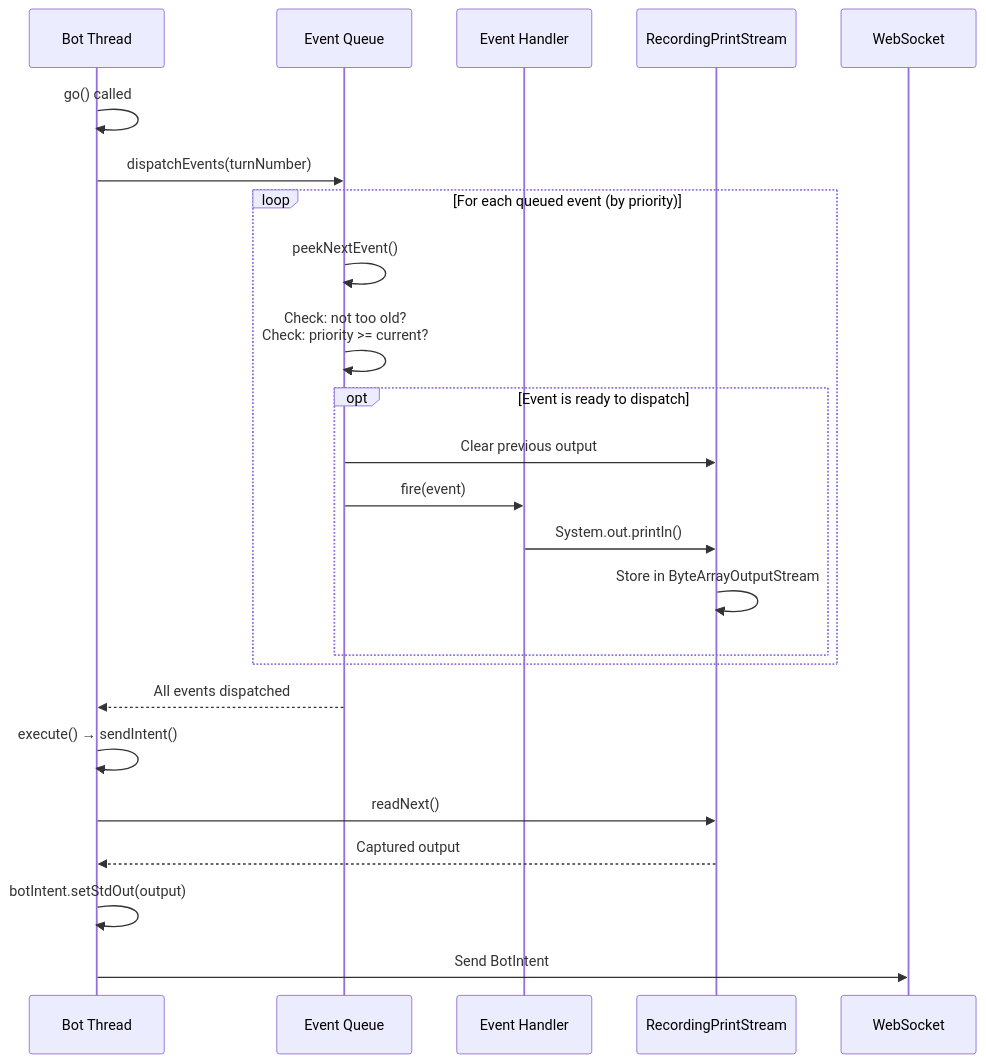
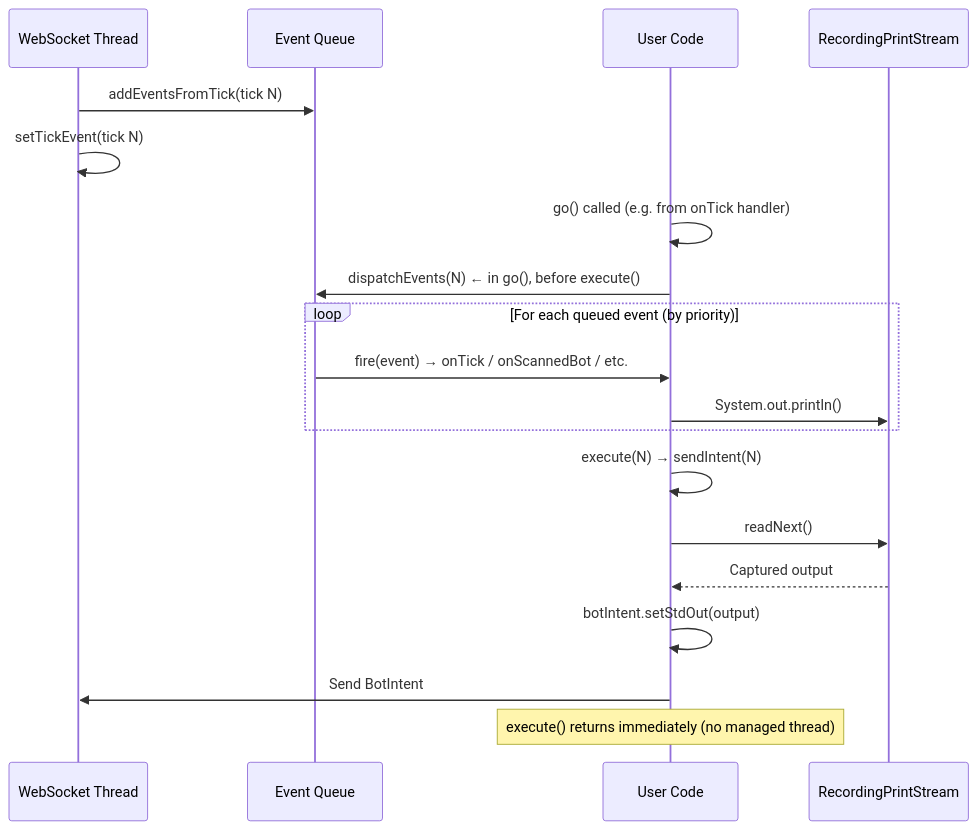
Before and after one commit to robocode-dev/tank-royale: the fifth of 16 diagrams in docs-internal/architecture/models/flows/event-handling.md, drawn with Mermaid. The commit also changed other lines of this file and 8 other files, not shown here.

````diff
--- a/docs-internal/architecture/models/flows/event-handling.md
+++ b/docs-internal/architecture/models/flows/event-handling.md
@@ -136,29 +180,25 @@
 ```mermaid
 sequenceDiagram
-    participant BotThread as Bot Thread
-    participant EventQueue as Event Queue
-    participant Handler as Event Handler
+    participant WS as WebSocket Thread
+    participant EQ as Event Queue
+    participant User as User Code
     participant Recording as RecordingPrintStream
-    
-    BotThread->>BotThread: go() called
-    BotThread->>EventQueue: dispatchEvents(turnNumber)
-    
+
+    WS->>EQ: addEventsFromTick(tick N)
+    WS->>WS: setTickEvent(tick N)
+
+    User->>User: go() called (e.g. from onTick handler)
+    User->>EQ: dispatchEvents(N)   ← in go(), before execute()
+
     loop For each queued event (by priority)
-        EventQueue->>EventQueue: peekNextEvent()
-        EventQueue->>EventQueue: Check: not too old?<br/>Check: priority >= current?
-        
-        opt Event is ready to dispatch
-            EventQueue->>Recording: Clear previous output
-            EventQueue->>Handler: fire(event)
-            Handler->>Recording: System.out.println()
-            Recording->>Recording: Store in ByteArrayOutputStream
-        end
+        EQ->>User: fire(event) → onTick / onScannedBot / etc.
+        User->>Recording: System.out.println()
     end
-    
-    EventQueue-->>BotThread: All events dispatched
-    BotThread->>BotThread: execute() → sendIntent()
-    BotThread->>Recording: readNext()
-    Recording-->>BotThread: Captured output
-    BotThread->>BotThread: botIntent.setStdOut(output)
-    BotThread->>WebSocket: Send BotIntent
+
+    User->>User: execute(N) → sendIntent(N)
+    User->>Recording: readNext()
+    Recording-->>User: Captured output
+    User->>User: botIntent.setStdOut(output)
+    User->>WS: Send BotIntent
+    Note over User: execute() returns immediately (no managed thread)
 ```
````
